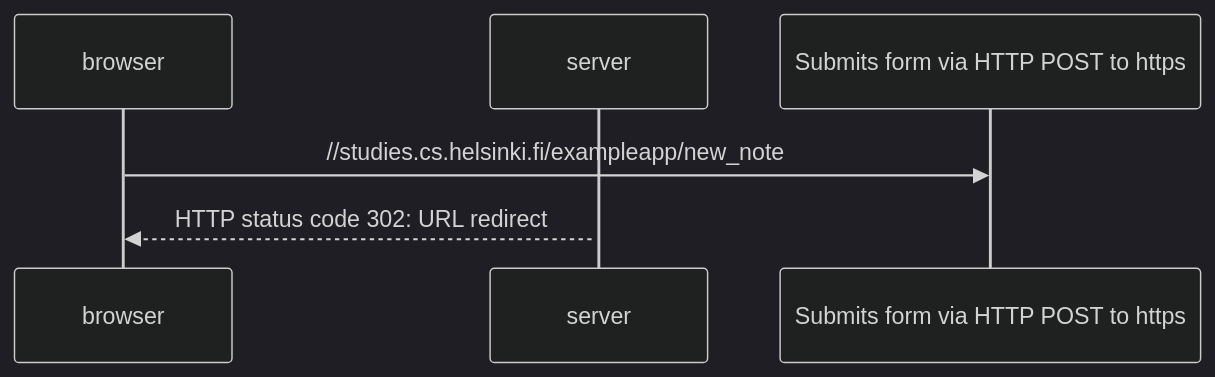
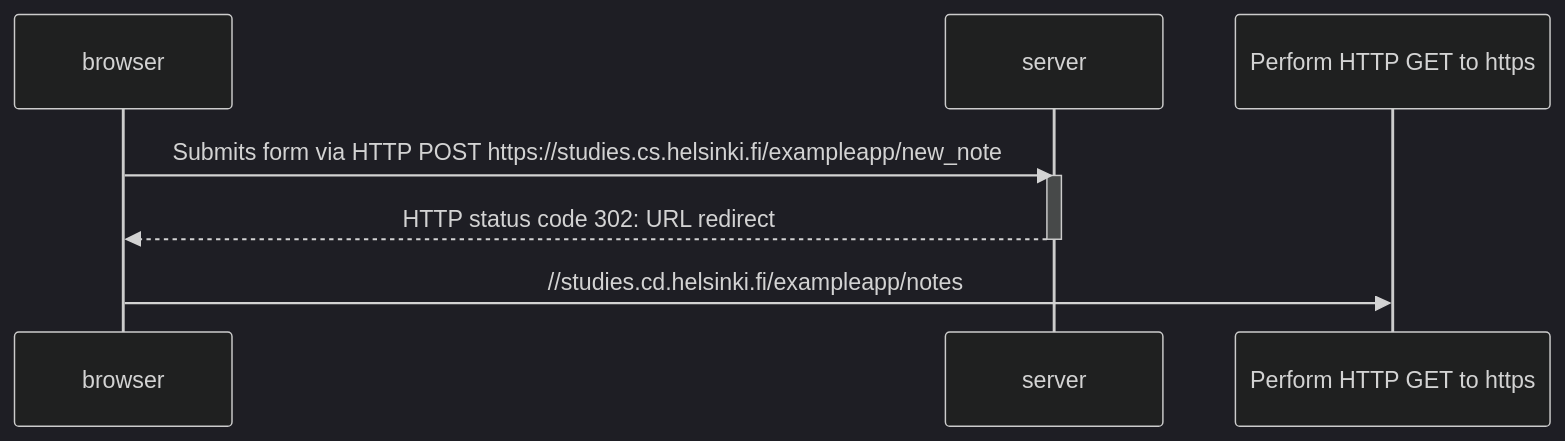
Before and after one commit to wkxalwtpg94/FullstackOpen_kx: the diagram in part0/0.4newnote.md, drawn with Mermaid (dark theme).

Commit message:
Add form submission

````diff
--- a/part0/0.4newnote.md
+++ b/part0/0.4newnote.md
@@ -1,21 +1,25 @@
 ```mermaid
 sequenceDiagram
     participant browser
     participant server
 
-    browser->>Submits form via HTTP POST to https://studies.cs.helsinki.fi/exampleapp/new_note
+    browser->>server: Submits form via HTTP POST https://studies.cs.helsinki.fi/exampleapp/new_note
     activate server
     server-->>browser: HTTP status code 302: URL redirect
+    deactivate server
+
+    browser->> Perform HTTP GET to https://studies.cd.helsinki.fi/exampleapp/notes
+    
 
 
 
 
 
 
 
 
 
 
 
 
 ```
````
